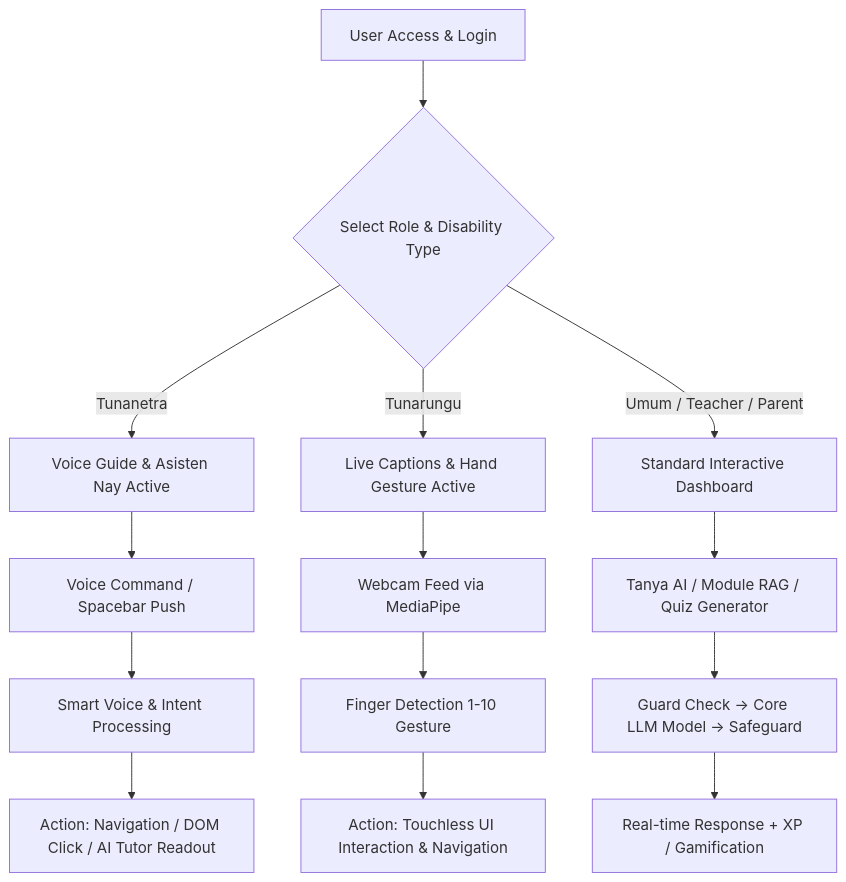
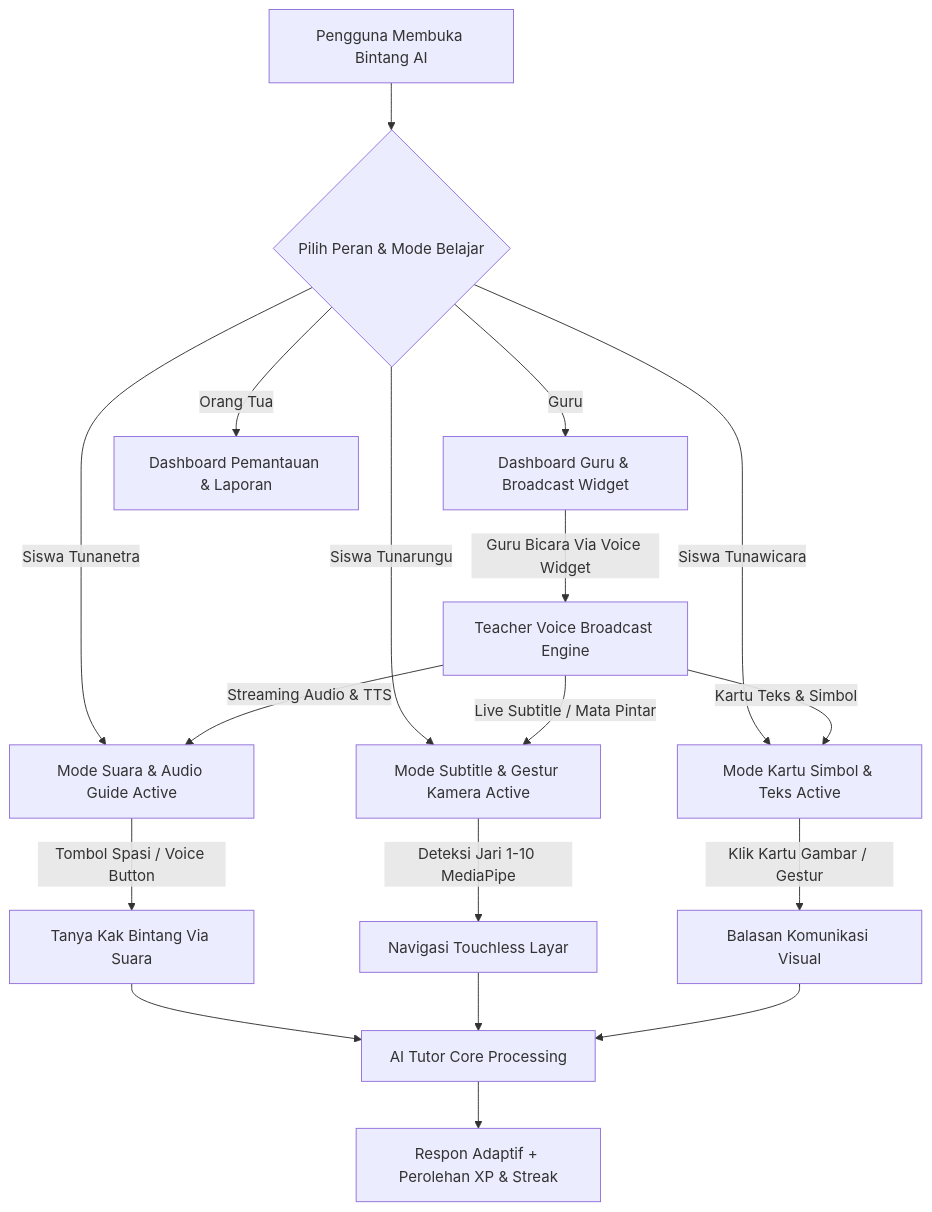
One commit to s1informatika11s25007-maker/BintangAi changed the diagram in README.md. Above: the diagram before and after it, drawn with Mermaid. The commit also changed other lines of this file and 9 other files, not shown here.

Commit message:
docs: clean public directory and update README.md with comprehensive teacher voice broadcast features and user guides

````diff
--- a/README.md
+++ b/README.md
@@ -70,19 +100,22 @@
 ```mermaid
 flowchart TD
-    A[User Access & Login] --> B{Select Role & Disability Type}
-    B -->|Tunanetra| C[Voice Guide & Asisten Nay Active]
-    B -->|Tunarungu| D[Live Captions & Hand Gesture Active]
-    B -->|Umum / Teacher / Parent| E[Standard Interactive Dashboard]
+    A[Pengguna Membuka Bintang AI] --> B{Pilih Peran & Mode Belajar}
     
-    C --> F[Voice Command / Spacebar Push]
-    F --> G[Smart Voice & Intent Processing]
-    G --> H[Action: Navigation / DOM Click / AI Tutor Readout]
+    B -->|Siswa Tunanetra| C[Mode Suara & Audio Guide Active]
+    B -->|Siswa Tunarungu| D[Mode Subtitle & Gestur Kamera Active]
+    B -->|Siswa Tunawicara| E[Mode Kartu Simbol & Teks Active]
+    B -->|Guru| F[Dashboard Guru & Broadcast Widget]
+    B -->|Orang Tua| G[Dashboard Pemantauan & Laporan]
 
-    D --> I[Webcam Feed via MediaPipe]
-    I --> J[Finger Detection 1-10 Gesture]
-    J --> K[Action: Touchless UI Interaction & Navigation]
+    F -->|Guru Bicara Via Voice Widget| H[Teacher Voice Broadcast Engine]
+    H -->|Streaming Audio & TTS| C
+    H -->|Live Subtitle / Mata Pintar| D
+    H -->|Kartu Teks & Simbol| E
 
-    E --> L[Tanya AI / Module RAG / Quiz Generator]
-    L --> M[Guard Check -> Core LLM Model -> Safeguard]
-    M --> N[Real-time Response + XP / Gamification]
+    C -->|Tombol Spasi / Voice Button| I[Tanya Kak Bintang Via Suara]
+    D -->|Deteksi Jari 1-10 MediaPipe| J[Navigasi Touchless Layar]
+    E -->|Klik Kartu Gambar / Gestur| K[Balasan Komunikasi Visual]
+
+    I & J & K --> L[AI Tutor Core Processing]
+    L --> M[Respon Adaptif + Perolehan XP & Streak]
 ```
````
